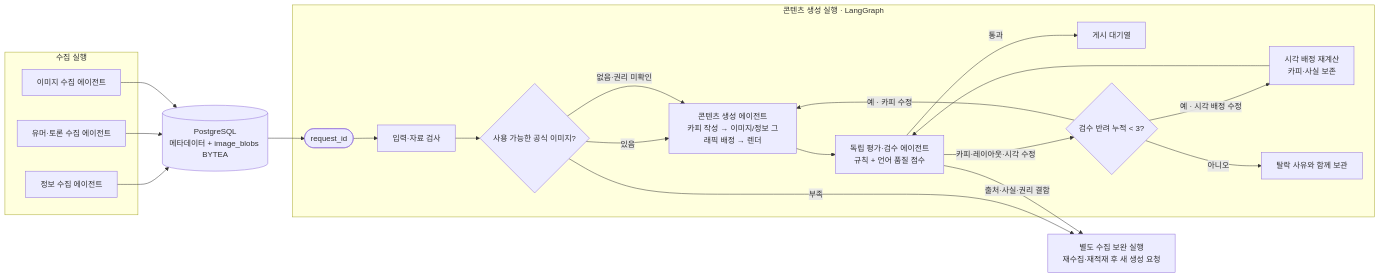
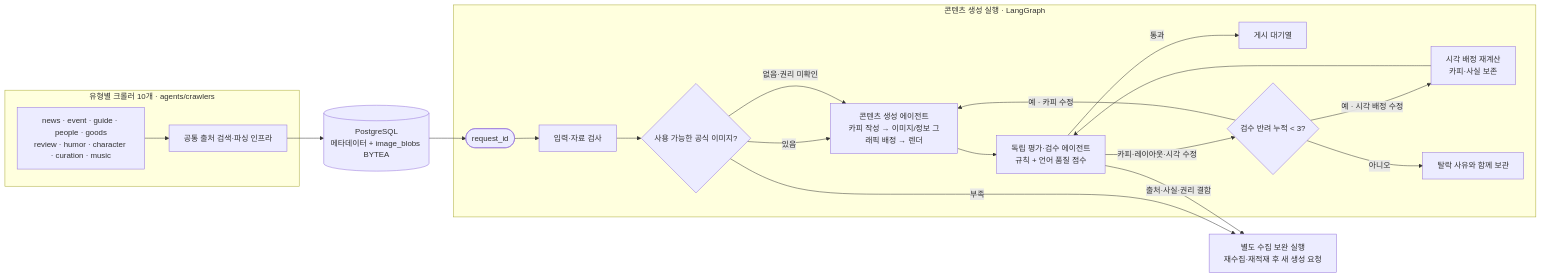
Before and after one commit to Por0ri/me-and-nu: the first of 2 diagrams in agents/ani_me;nu/docs/AGENT_ARCHITECTURE.md, drawn with Mermaid. The commit also changed other lines of this file and 124 other files, not shown here.

````diff
--- a/agents/ani_me;nu/docs/AGENT_ARCHITECTURE.md
+++ b/agents/ani_me;nu/docs/AGENT_ARCHITECTURE.md
@@ -7,29 +7,27 @@
 ```mermaid
 flowchart LR
-  subgraph C[수집 실행]
-    INFO[정보 수집 에이전트]
-    HUMOR[유머·토론 수집 에이전트]
-    IMAGE[이미지 수집 에이전트]
+  subgraph C[유형별 크롤러 10개 · agents/crawlers]
+    TYPE[news · event · guide · people · goods\nreview · humor · character · curation · music]
+    COLLECT[공통 출처 검색·파싱 인프라]
+    TYPE --> COLLECT
   end
   DB[(PostgreSQL\n메타데이터 + image_blobs BYTEA)]
   subgraph PIPE[콘텐츠 생성 실행 · LangGraph]
     START([request_id]) --> INPUT[입력·자료 검사]
     INPUT --> RIGHTS{사용 가능한 공식 이미지?}
     RIGHTS -->|있음| GEN[콘텐츠 생성 에이전트\n카피 작성 → 이미지/정보 그래픽 배정 → 렌더]
     RIGHTS -->|없음·권리 미확인| GEN
     GEN --> REVIEW[독립 평가·검수 에이전트\n규칙 + 언어 품질 점수]
     REVIEW -->|통과| FEED[게시 대기열]
     REVIEW -->|카피·레이아웃·시각 수정| COUNT{검수 반려 누적 < 3?}
     COUNT -->|예 · 카피 수정| GEN
     COUNT -->|예 · 시각 배정 수정| VISUAL[시각 배정 재계산\n카피·사실 보존]
     VISUAL --> REVIEW
     COUNT -->|아니오| ARCHIVE[탈락 사유와 함께 보관]
   end
   CRAWL[별도 수집 보완 실행\n재수집·재적재 후 새 생성 요청]
   RIGHTS -->|부족| CRAWL
   REVIEW -->|출처·사실·권리 결함| CRAWL
-  INFO --> DB
-  HUMOR --> DB
-  IMAGE --> DB
+  COLLECT --> DB
   DB --> START
 ```
````
